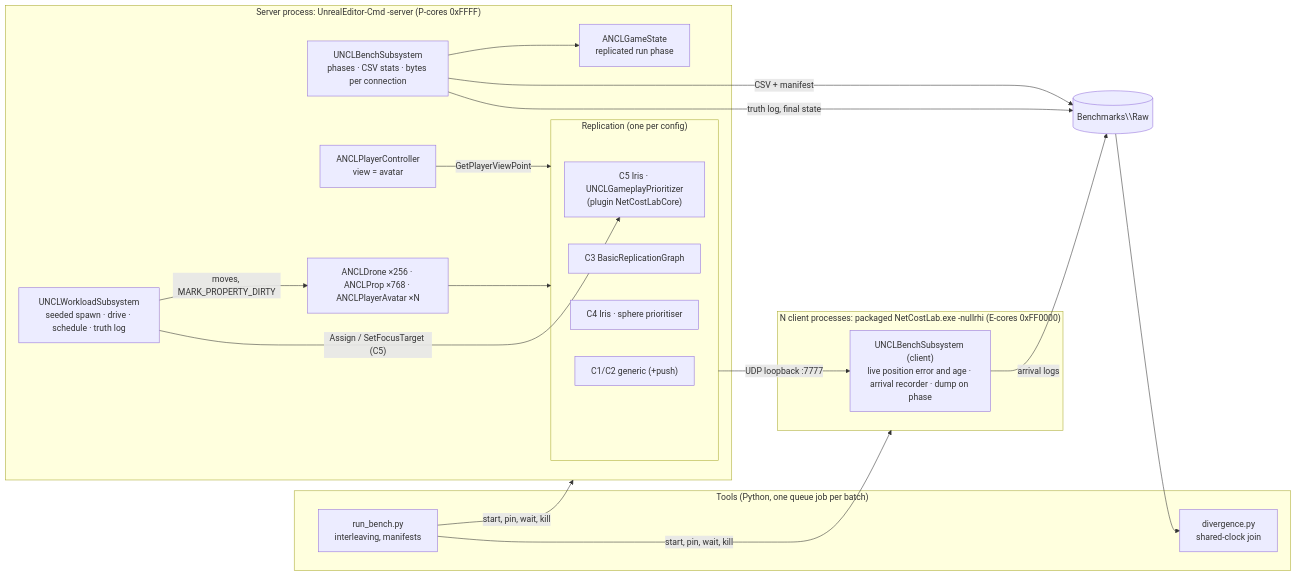
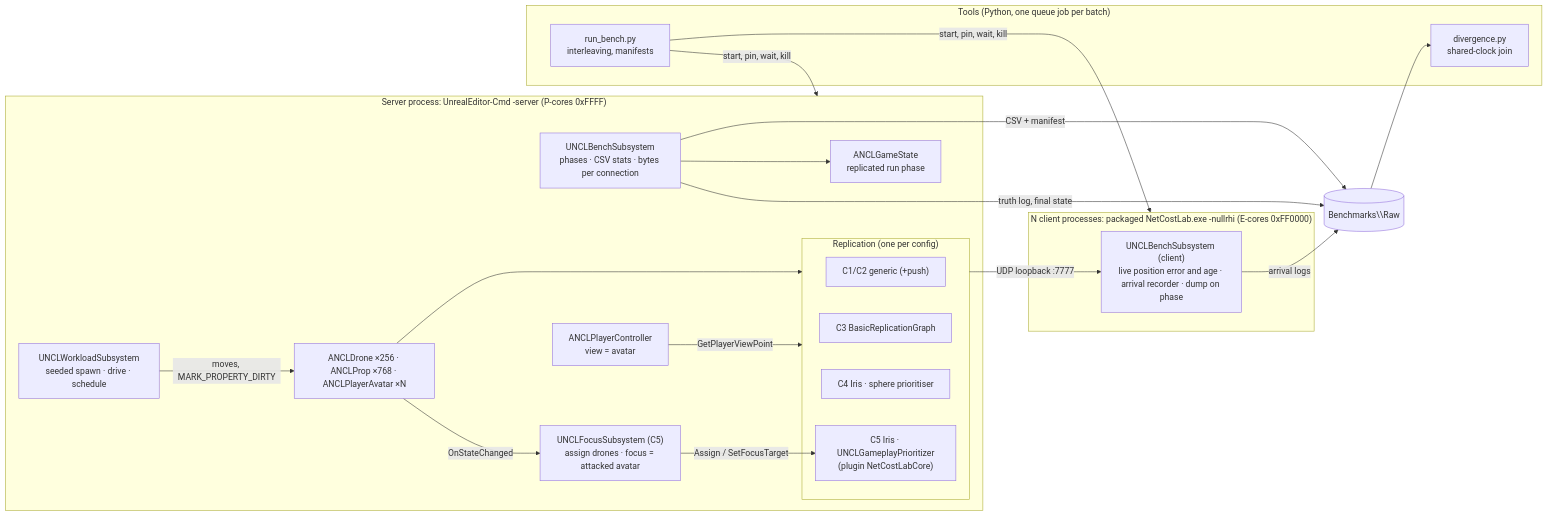
One commit to KrishGangani/UE5-NetCostLab changed the first of 2 diagrams in Explanation/02_System_Architecture.md. Above: the diagram before and after it, drawn with Mermaid. The commit also changed other lines of this file, not shown here.

Commit message:
P05 docs: 02 matches the final S5-S7 design (focus subsystem, state event, prioritiser API, telemetry)

````diff
--- a/Explanation/02_System_Architecture.md
+++ b/Explanation/02_System_Architecture.md
@@ -128,35 +130,37 @@
 ```mermaid
 flowchart LR
   subgraph Tools["Tools (Python, one queue job per batch)"]
     RB["run_bench.py<br/>interleaving, manifests"]
     DV["divergence.py<br/>shared-clock join"]
   end
   subgraph Server["Server process: UnrealEditor-Cmd -server (P-cores 0xFFFF)"]
-    WL["UNCLWorkloadSubsystem<br/>seeded spawn · drive · schedule · truth log"]
+    WL["UNCLWorkloadSubsystem<br/>seeded spawn · drive · schedule"]
+    FS["UNCLFocusSubsystem (C5)<br/>assign drones · focus = attacked avatar"]
     BS["UNCLBenchSubsystem<br/>phases · CSV stats · bytes per connection"]
     GS["ANCLGameState<br/>replicated run phase"]
     PC["ANCLPlayerController<br/>view = avatar"]
     D["ANCLDrone ×256 · ANCLProp ×768 · ANCLPlayerAvatar ×N"]
     subgraph Rep["Replication (one per config)"]
       L["C1/C2 generic (+push)"]
       G["C3 BasicReplicationGraph"]
       I["C4 Iris · sphere prioritiser"]
       P["C5 Iris · UNCLGameplayPrioritizer<br/>(plugin NetCostLabCore)"]
     end
   end
   subgraph Clients["N client processes: packaged NetCostLab.exe -nullrhi (E-cores 0xFF0000)"]
     CB["UNCLBenchSubsystem (client)<br/>live position error and age · arrival recorder · dump on phase"]
   end
   RB -->|"start, pin, wait, kill"| Server
   RB -->|"start, pin, wait, kill"| Clients
   WL -->|"moves, MARK_PROPERTY_DIRTY"| D
-  WL -->|"Assign / SetFocusTarget (C5)"| P
+  D -->|"OnStateChanged"| FS
+  FS -->|"Assign / SetFocusTarget"| P
   BS --> GS
   D --> Rep
   PC -->|"GetPlayerViewPoint"| Rep
   Rep -->|"UDP loopback :7777"| CB
   BS -->|"CSV + manifest"| OUT[("Benchmarks\\Raw")]
   BS -->|"truth log, final state"| OUT
   CB -->|"arrival logs"| OUT
   OUT --> DV
 ```
````
